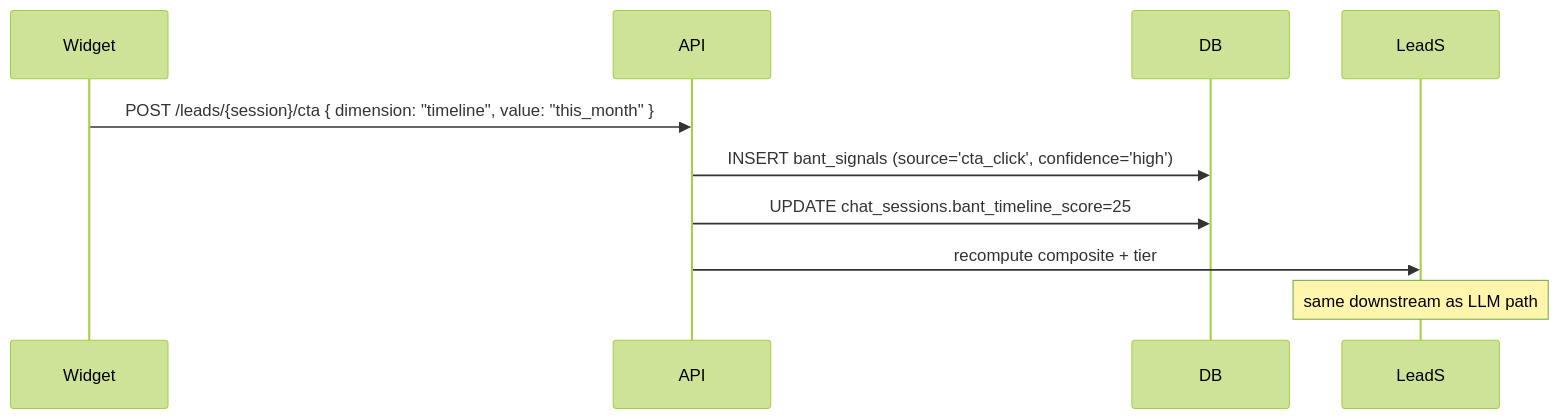
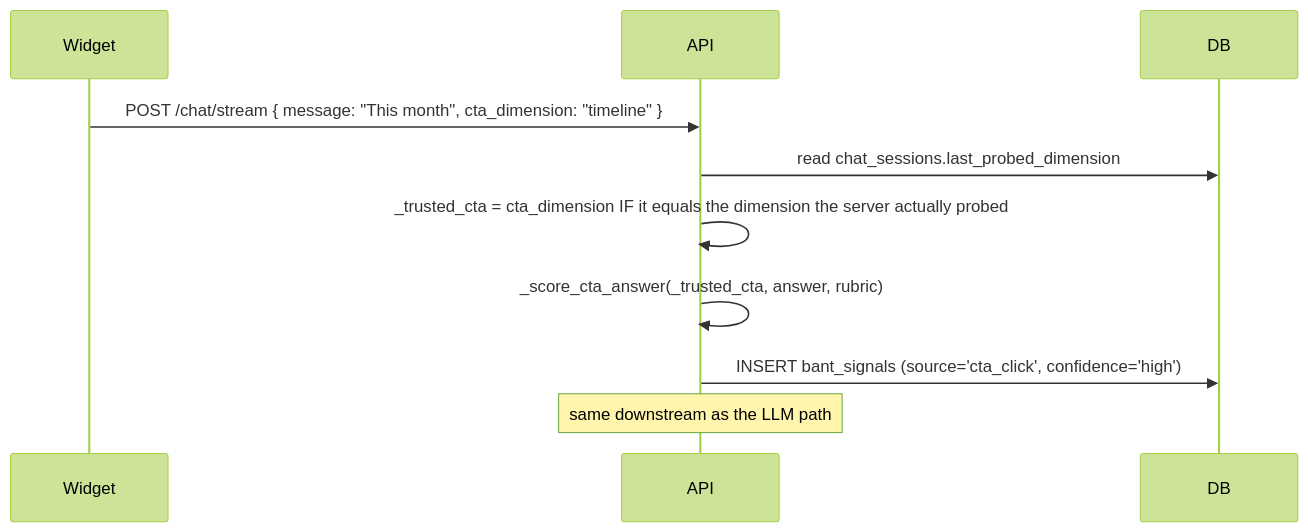
The second of 2 diagrams in docs/system-design/docs/04-flows/lead-qualification.md (digibranders/oye-chats-platform), drawn with Mermaid (forest theme) before and after one commit. The commit also changed other lines of this file and 35 other files, not shown here.

First line of the commit message:
docs(system-design): the architecture site described a system two rewrites old

````diff
--- a/docs/system-design/docs/04-flows/lead-qualification.md
+++ b/docs/system-design/docs/04-flows/lead-qualification.md
@@ -59,8 +59,9 @@
 ```mermaid
 sequenceDiagram
-    Widget->>API: POST /leads/{session}/cta { dimension: "timeline", value: "this_month" }
+    Widget->>API: POST /chat/stream { message: "This month", cta_dimension: "timeline" }
+    API->>DB: read chat_sessions.last_probed_dimension
+    API->>API: _trusted_cta = cta_dimension IF it equals the dimension the server actually probed
+    API->>API: _score_cta_answer(_trusted_cta, answer, rubric)
     API->>DB: INSERT bant_signals (source='cta_click', confidence='high')
-    API->>DB: UPDATE chat_sessions.bant_timeline_score=25
-    API->>LeadS: recompute composite + tier
-    Note over LeadS: same downstream as LLM path
+    Note over API: same downstream as the LLM path
 ```
````
